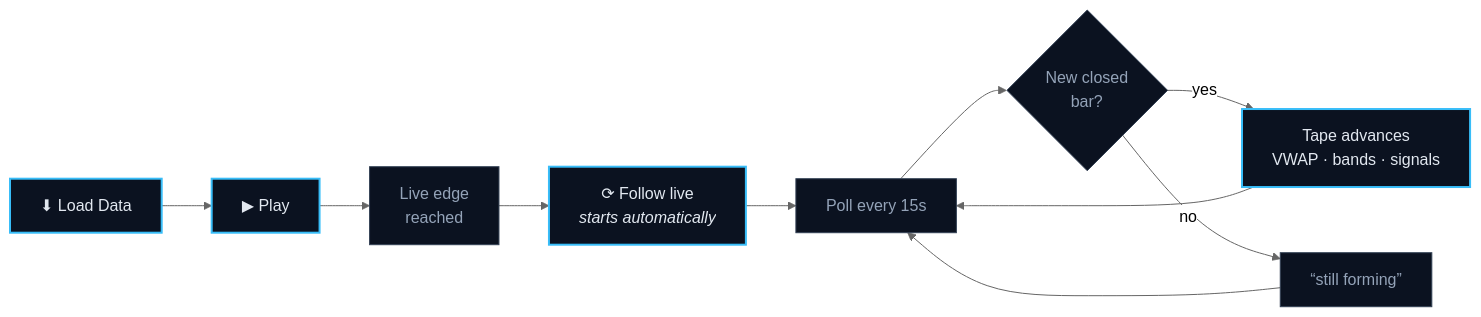
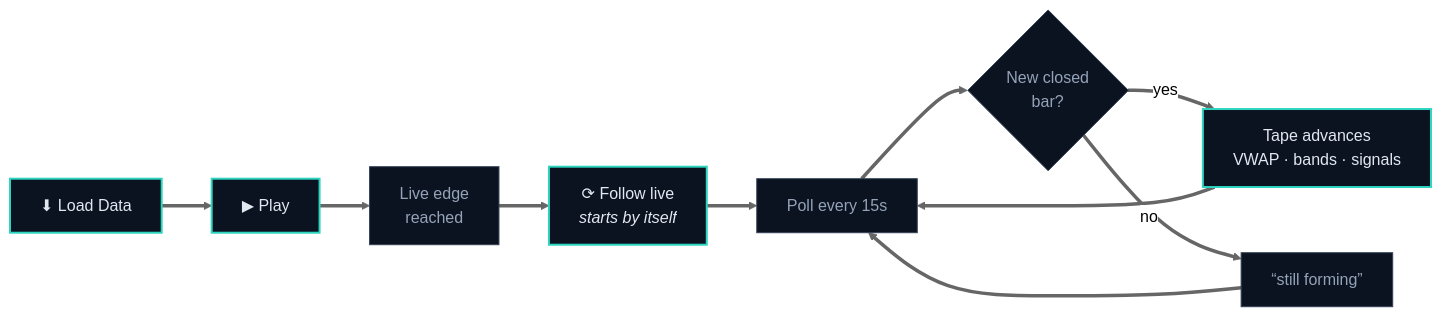
The first of 6 diagrams in README.md (wealthwise-advisors/trading-platform), drawn with Mermaid (neutral theme) before and after one commit. The commit also changed other lines of this file and 2 other files, not shown here.

First line of the commit message:
Rework the README: animated diagrams, a real folder structure, a rewritten opening

````diff
--- a/README.md
+++ b/README.md
@@ -159,17 +259,17 @@
 ```mermaid
 flowchart LR
-    L["⬇ Load Data"] --> P["▶ Play"]
-    P --> E["Live edge<br/>reached"]
-    E --> F["⟳ Follow live<br/><i>starts automatically</i>"]
-    F --> Q["Poll every 15s"]
-    Q --> C{"New closed<br/>bar?"}
-    C -->|yes| U["Tape advances<br/>VWAP · bands · signals"]
-    C -->|no| W["“still forming”"]
-    U --> Q
-    W --> Q
+    L["⬇ Load Data"] ==> P["▶ Play"]
+    P ==> E["Live edge<br/>reached"]
+    E ==> F["⟳ Follow live<br/><i>starts by itself</i>"]
+    F ==> Q["Poll every 15s"]
+    Q ==> C{"New closed<br/>bar?"}
+    C ==>|yes| U["Tape advances<br/>VWAP · bands · signals"]
+    C ==>|no| W["“still forming”"]
+    U ==> Q
+    W ==> Q
 
-    classDef a fill:#0b1220,stroke:#38bdf8,stroke-width:2px,color:#e2e8f0
+    classDef a fill:#0b1220,stroke:#2dd4bf,stroke-width:2px,color:#e2e8f0
     classDef b fill:#0b1220,stroke:#334155,stroke-width:1px,color:#94a3b8
     class L,P,F,U a
     class E,Q,C,W b
 ```
````
